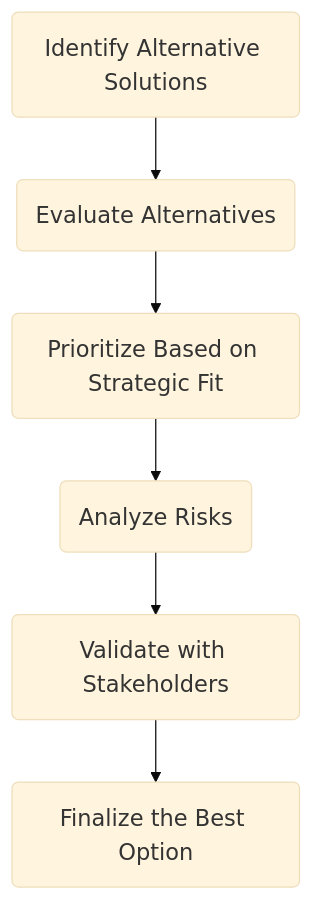
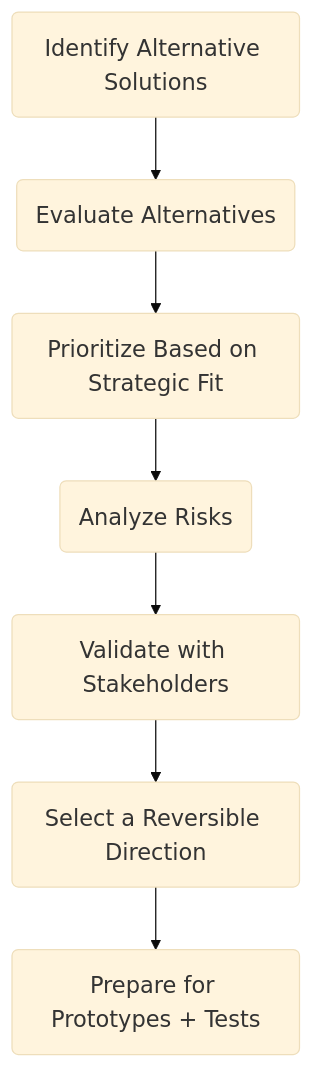
The second of 4 diagrams in docs/book/phase-2/13-AlternativeSolutions.md (micro-canvas-framework/micro-canvas-framework.github.io), drawn with Mermaid before and after one commit. The commit also changed other lines of this file and 1 other file, not shown here.

````diff
--- a/docs/book/phase-2/13-AlternativeSolutions.md
+++ b/docs/book/phase-2/13-AlternativeSolutions.md
@@ -105,16 +110,12 @@
 ```mermaid
 %%{init: {"theme":"base","themeVariables":{"fontSize":"18px"}} }%%
 flowchart TB
     A1(Identify Alternative Solutions)
     A2(Evaluate Alternatives)
     A3(Prioritize Based on Strategic Fit)
     A4(Analyze Risks)
     A5(Validate with Stakeholders)
-    A6(Finalize the Best Option)
-
-    A1 --> A2
-    A2 --> A3
-    A3 --> A4
-    A4 --> A5
-    A5 --> A6
+    A6(Select a Reversible Direction)
+    A7(Prepare for Prototypes + Tests)
+    A1 --> A2 --> A3 --> A4 --> A5 --> A6 --> A7
 ```
````
